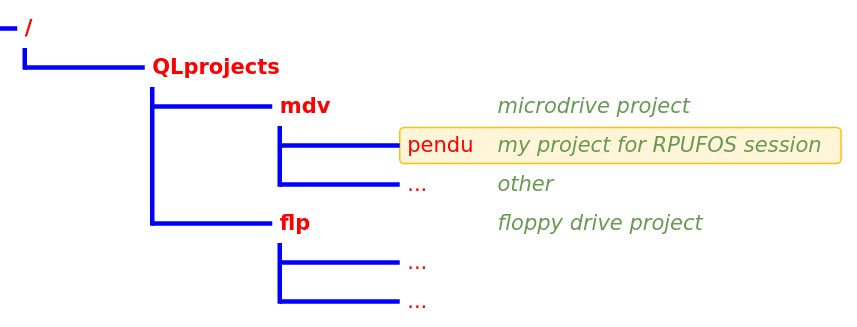
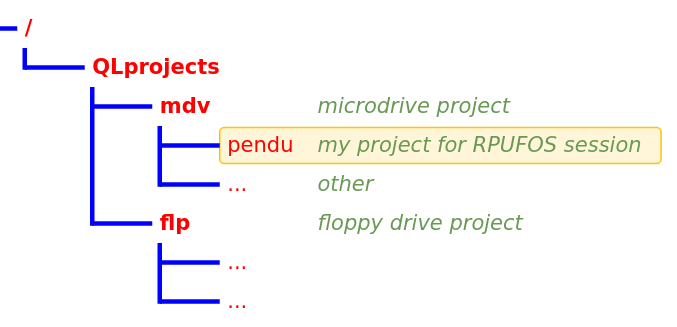
One commit to VFD/SinclairQL changed the diagram in library/programs/ReadMe.md. Above: the diagram before and after it, drawn with Mermaid. The commit also changed other lines of this file, not shown here.

First line of the commit message:
Revise directory structure and Mermaid settings

````diff
--- a/library/programs/ReadMe.md
+++ b/library/programs/ReadMe.md
@@ -35,22 +29,22 @@
 ```mermaid
 ---
 config:
     treeView:
-        rowIndent: 80
+        rowIndent: 40
         lineThickness: 3
     themeVariables:
         treeView:
             labelFontSize: '14px'
             labelColor: '#FF0000'
             lineColor: '#0000FF'
 ---
 
 treeView-beta
     QLprojects/
         mdv/ ## microdrive project
             pendu :::highlight ## my project for RPUFOS session
             ... ## other
         flp/ ## floppy drive project
             ...
             ...
 ```
````
